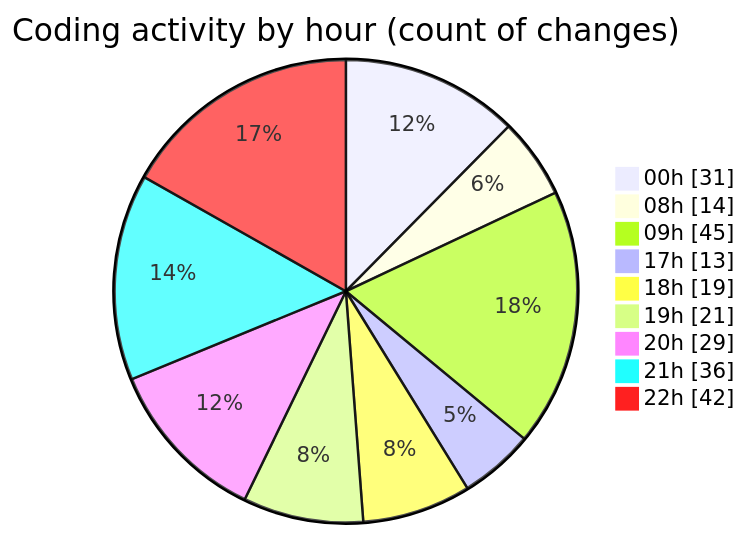
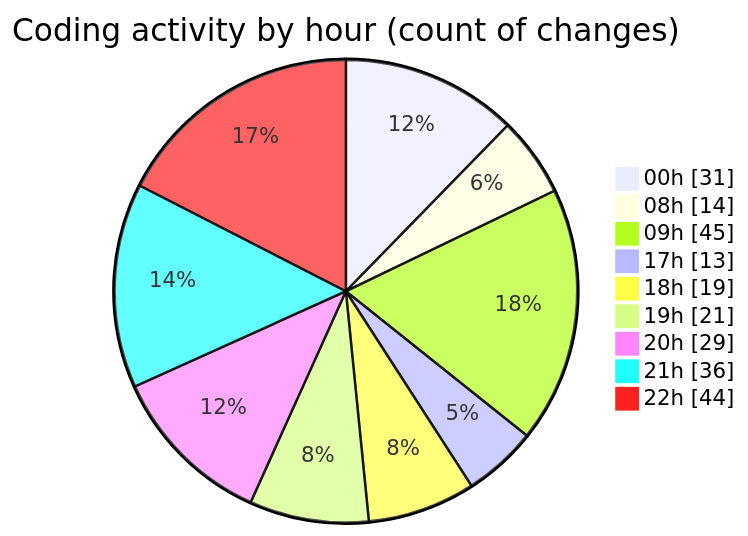
Before and after one commit to lephambinh05/code-tracking: the second of 2 diagrams in 2025-08-03/studybuddy/README.md, drawn with Mermaid. The commit also changed other lines of this file and 1 other file, not shown here.

````diff
--- a/2025-08-03/studybuddy/README.md
+++ b/2025-08-03/studybuddy/README.md
@@ -103,13 +103,13 @@
 ```mermaid
 pie showData
 title Coding activity by hour (count of changes)
 "00h" : 31
 "08h" : 14
 "09h" : 45
 "17h" : 13
 "18h" : 19
 "19h" : 21
 "20h" : 29
 "21h" : 36
-"22h" : 42
+"22h" : 44
 ```
````
